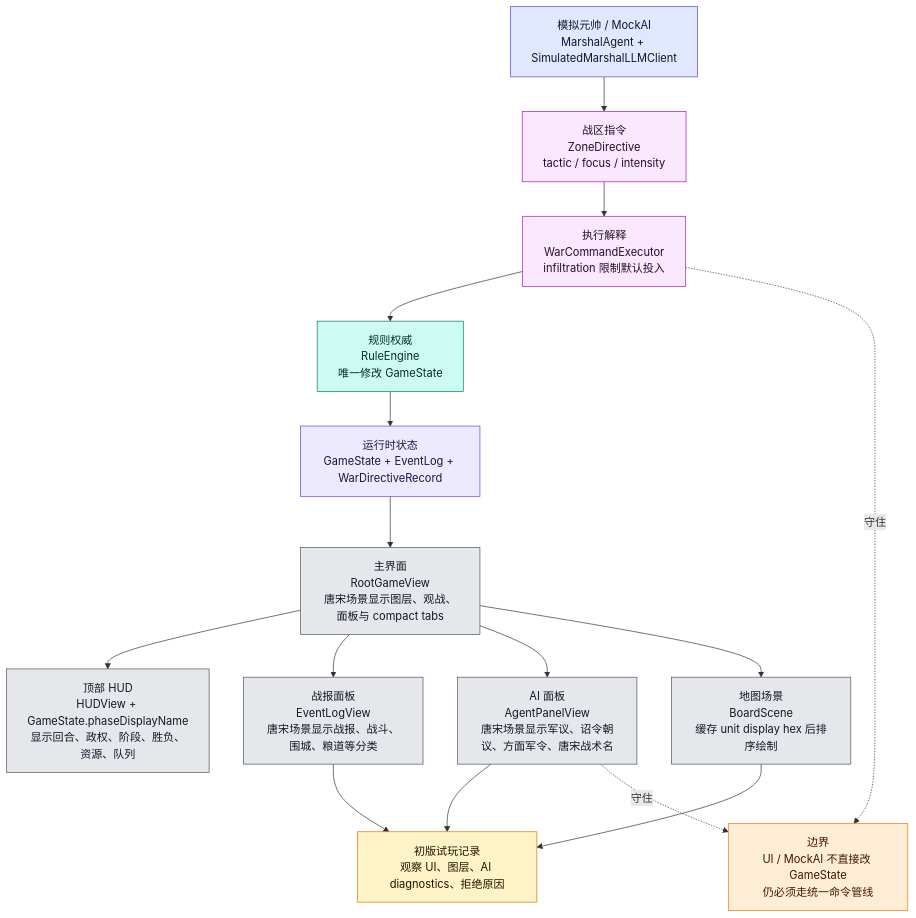
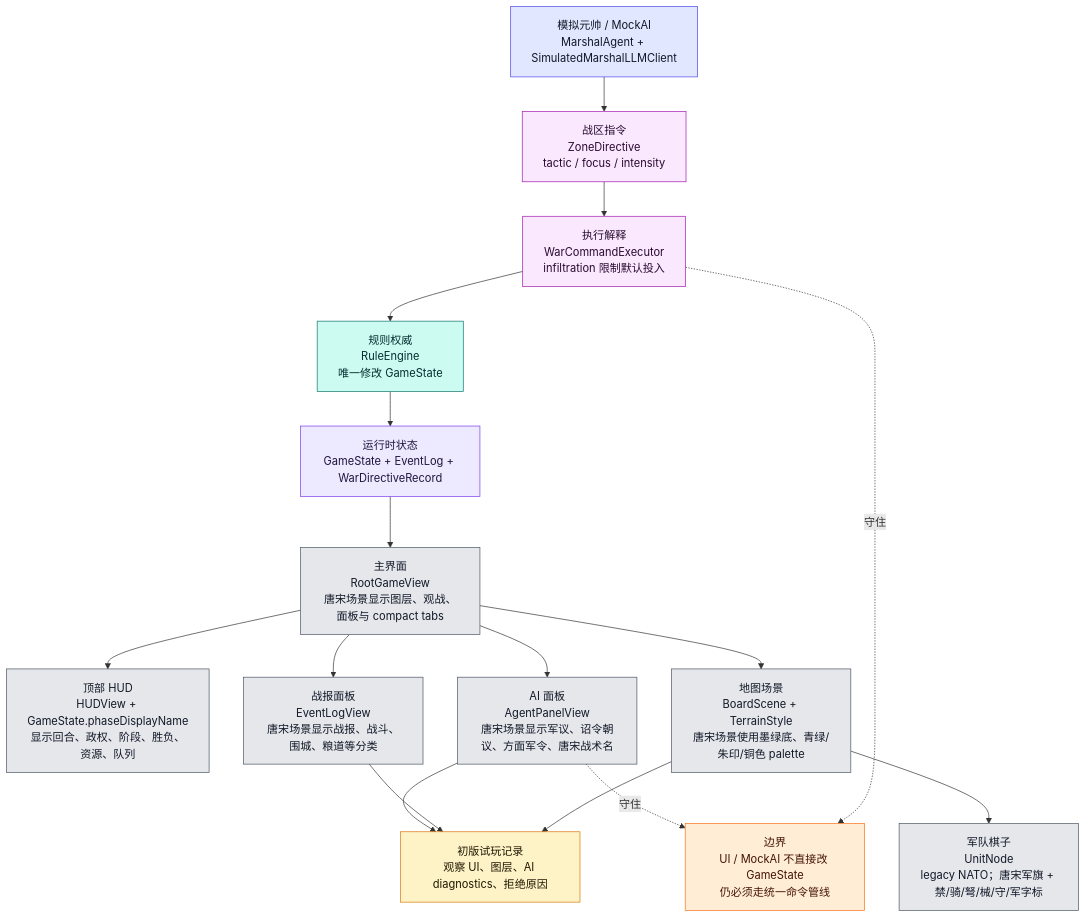
The tenth of 12 diagrams in md/flow/flowchart.md (Altman-sam114/125), drawn with Mermaid before and after one commit. The commit also changed 12 other files, not shown here.

````diff
--- a/md/flow/flowchart.md
+++ b/md/flow/flowchart.md
@@ -501,36 +501,38 @@
 ```mermaid
 flowchart TD
     STATE["运行时状态<br/>GameState + EventLog + WarDirectiveRecord"]:::state
     ROOT["主界面<br/>RootGameView<br/>唐宋场景显示图层、观战、面板与 compact tabs"]:::ui
     HUD["顶部 HUD<br/>HUDView + GameState.phaseDisplayName<br/>显示回合、政权、阶段、胜负、资源、队列"]:::ui
     LOG["战报面板<br/>EventLogView<br/>唐宋场景显示战报、战斗、围城、粮道等分类"]:::ui
     AIUI["AI 面板<br/>AgentPanelView<br/>唐宋场景显示军议、诏令朝议、方面军令、唐宋战术名"]:::ui
-    BOARD["地图场景<br/>BoardScene<br/>缓存 unit display hex 后排序绘制"]:::ui
+    BOARD["地图场景<br/>BoardScene + TerrainStyle<br/>唐宋场景使用墨绿底、青绿/朱印/铜色 palette"]:::ui
+    UNIT["军队棋子<br/>UnitNode<br/>legacy NATO；唐宋军旗 + 禁/骑/弩/械/守/军字标"]:::ui
     MARSHAL["模拟元帅 / MockAI<br/>MarshalAgent + SimulatedMarshalLLMClient"]:::ai
     ZD["战区指令<br/>ZoneDirective<br/>tactic / focus / intensity"]:::command
     WCE["执行解释<br/>WarCommandExecutor<br/>infiltration 限制默认投入"]:::command
     RULE["规则权威<br/>RuleEngine<br/>唯一修改 GameState"]:::rules
     PLAYTEST["初版试玩记录<br/>观察 UI、图层、AI diagnostics、拒绝原因"]:::doc
 
     STATE --> ROOT
     ROOT --> HUD
     ROOT --> LOG
     ROOT --> AIUI
     ROOT --> BOARD
+    BOARD --> UNIT
     MARSHAL --> ZD --> WCE --> RULE --> STATE
     AIUI --> PLAYTEST
     LOG --> PLAYTEST
     BOARD --> PLAYTEST
 
     WARN["边界<br/>UI / MockAI 不直接改 GameState<br/>仍必须走统一命令管线"]:::warn
     AIUI -.守住.-> WARN
     WCE -.守住.-> WARN
 
     classDef state fill:#ede9fe,stroke:#7c3aed,color:#1f143d
     classDef ui fill:#e5e7eb,stroke:#4b5563,color:#111827
     classDef ai fill:#e0e7ff,stroke:#4f46e5,color:#111827
     classDef command fill:#fae8ff,stroke:#a21caf,color:#2a0a2f
     classDef rules fill:#ccfbf1,stroke:#0f766e,color:#042f2e
     classDef doc fill:#fef3c7,stroke:#d97706,color:#1f1600
     classDef warn fill:#ffedd5,stroke:#f97316,color:#431407
 ```
````
